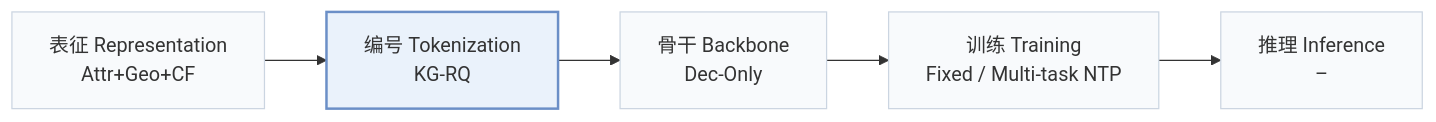
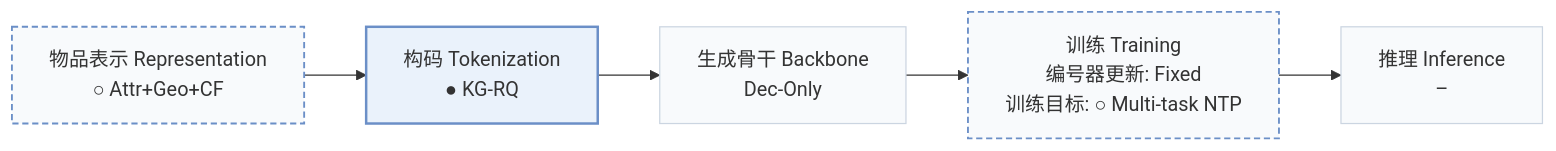
One commit to Galaxy-ghost/Awesome-SID-Generative-Rec changed the first of 2 diagrams in pages/zh/papers/kgtb.md. Above: the diagram before and after it, drawn with Mermaid. The commit also changed other lines of this file and 558 other files, not shown here.

````diff
--- a/pages/zh/papers/kgtb.md
+++ b/pages/zh/papers/kgtb.md
@@ -15,8 +19,10 @@
 ```mermaid
 flowchart LR
-    R["表征 Representation<br/>Attr+Geo+CF"] --> T["编号 Tokenization<br/>KG-RQ"] --> B["骨干 Backbone<br/>Dec-Only"] --> TR["训练 Training<br/>Fixed / Multi-task NTP"] --> I["推理 Inference<br/>–"]
+    R["物品表示 Representation<br/>○ Attr+Geo+CF"] --> T["构码 Tokenization<br/>● KG-RQ"] --> B["生成骨干 Backbone<br/>Dec-Only"] --> TR["训练 Training<br/>编号器更新: Fixed<br/>训练目标: ○ Multi-task NTP"] --> I["推理 Inference<br/>–"]
     classDef base fill:#f8fafc,stroke:#cbd5e1
     class R,T,B,TR,I base
+    classDef other fill:#f8fafc,stroke:#6b8fc7,stroke-width:1.5px,stroke-dasharray:5 3
+    class R,TR other
     classDef main fill:#eaf2fb,stroke:#6b8fc7,stroke-width:2px
     class T main
 ```
````
